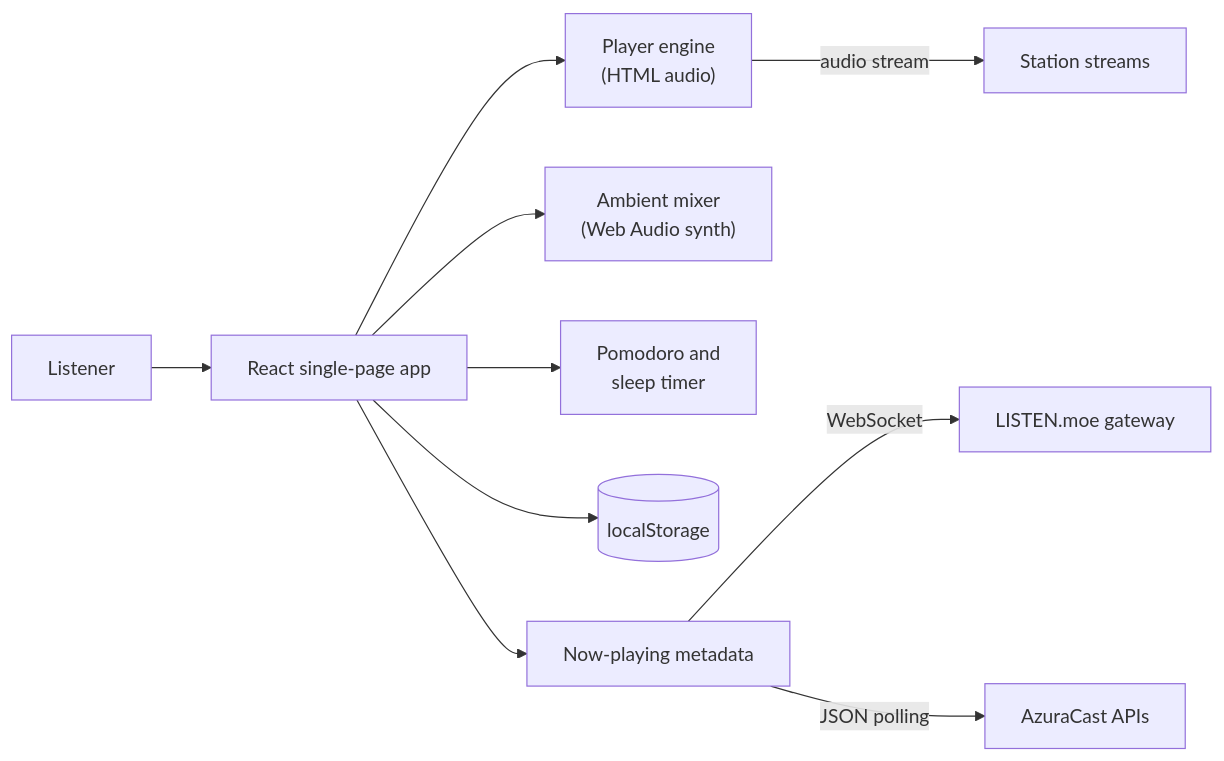
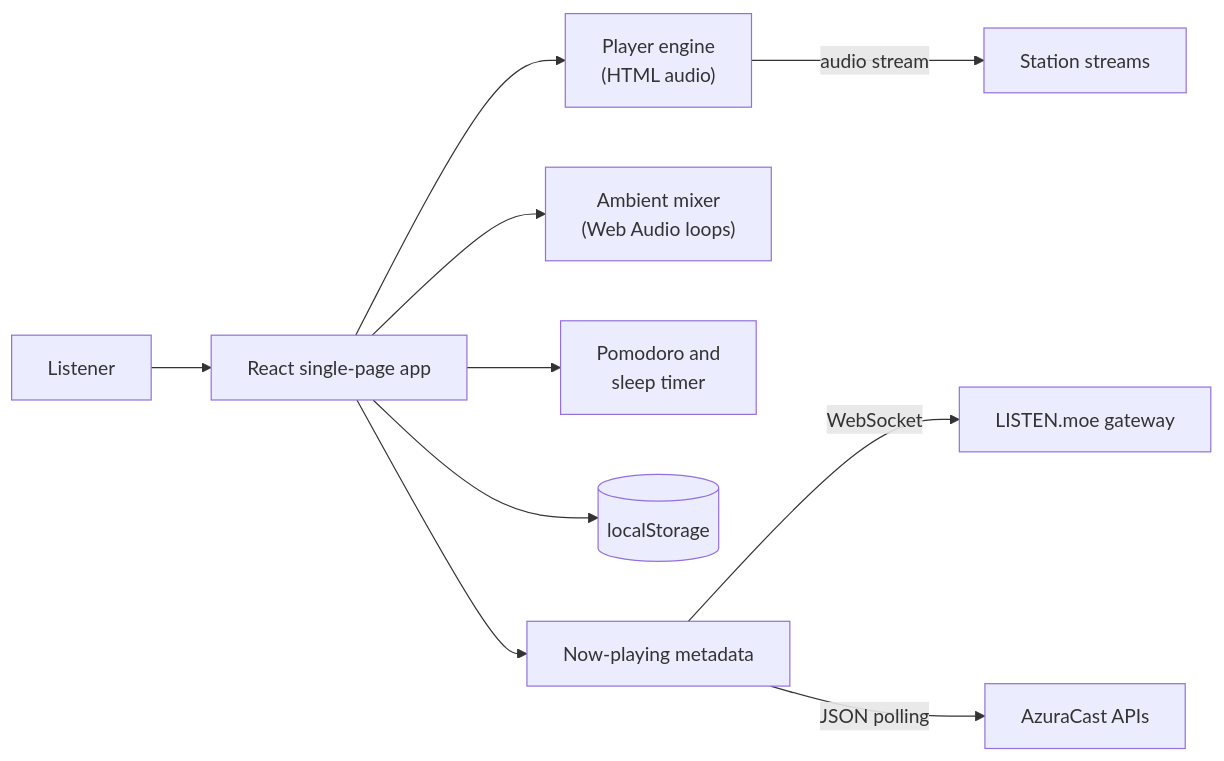
One commit to Nyxiie/rradio changed the diagram in README.md. Above: the diagram before and after it, drawn with Mermaid. The commit also changed other lines of this file and 16 other files, not shown here.

````diff
--- a/README.md
+++ b/README.md
@@ -46,12 +46,12 @@
 ```mermaid
 flowchart LR
     User["Listener"] --> UI["React single-page app"]
     UI --> Player["Player engine<br/>(HTML audio)"]
-    UI --> Ambient["Ambient mixer<br/>(Web Audio synth)"]
+    UI --> Ambient["Ambient mixer<br/>(Web Audio loops)"]
     UI --> Timers["Pomodoro and<br/>sleep timer"]
     UI --> Storage[("localStorage")]
     Player -->|audio stream| Streams["Station streams"]
     UI --> Meta["Now-playing metadata"]
     Meta -->|WebSocket| ListenMoe["LISTEN.moe gateway"]
     Meta -->|JSON polling| Azura["AzuraCast APIs"]
 ```
````
